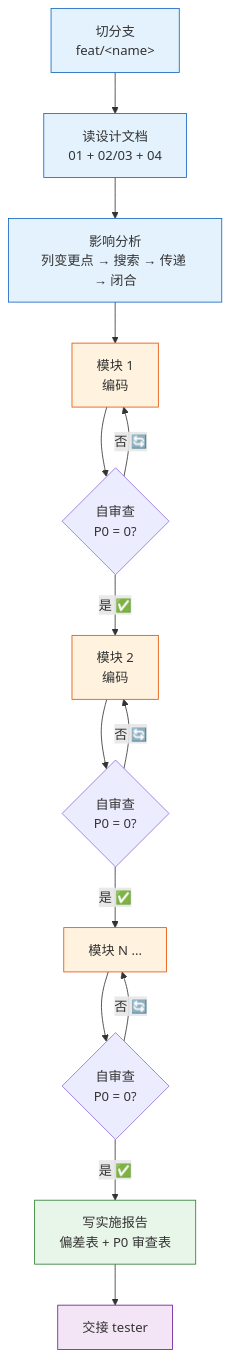
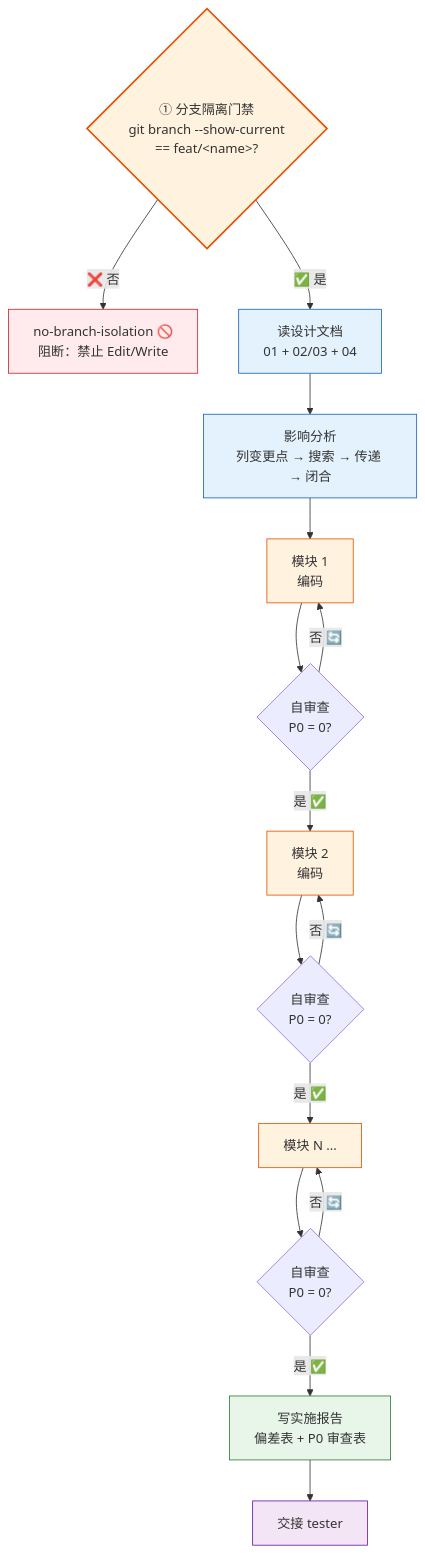
The first of 4 diagrams in agents/coder.md (effiy/YrY), drawn with Mermaid before and after one commit. The commit also changed other lines of this file and 9 other files, not shown here.

````diff
--- a/agents/coder.md
+++ b/agents/coder.md
@@ -13,22 +13,25 @@
 ```mermaid
 flowchart TB
-    BR["切分支<br/>feat/&lt;name&gt;"]:::setup --> RD["读设计文档<br/>01 + 02/03 + 04"]:::setup
+    BR{"① 分支隔离门禁<br/>git branch --show-current<br/>== feat/&lt;name&gt;?"}:::gate -->|"❌ 否"| BLOCK["no-branch-isolation 🚫<br/>阻断：禁止 Edit/Write"]:::block
+    BR -->|"✅ 是"| RD["读设计文档<br/>01 + 02/03 + 04"]:::setup
     RD --> MI["影响分析<br/>列变更点 → 搜索 → 传递 → 闭合"]:::setup
 
     MI --> M1["模块 1<br/>编码"]:::impl
     M1 --> R1{"自审查<br/>P0 = 0?"}
     R1 -->|"否 🔄"| M1
     R1 -->|"是 ✅"| M2["模块 2<br/>编码"]:::impl
     M2 --> R2{"自审查<br/>P0 = 0?"}
     R2 -->|"否 🔄"| M2
     R2 -->|"是 ✅"| MN["模块 N ..."]:::impl
     MN --> RN{"自审查<br/>P0 = 0?"}
     RN -->|"否 🔄"| MN
     RN -->|"是 ✅"| RP["写实施报告<br/>偏差表 + P0 审查表"]:::report
     RP --> HD["交接 tester"]:::done
 
+    classDef gate fill:#fff3e0,stroke:#e65100,stroke-width:2px;
     classDef setup fill:#e3f2fd,stroke:#1565c0;
     classDef impl fill:#fff3e0,stroke:#e65100;
     classDef report fill:#e8f5e9,stroke:#2e7d32;
     classDef done fill:#f3e5f5,stroke:#6a1b9a;
+    classDef block fill:#ffebee,stroke:#c62828;
 ```
````
